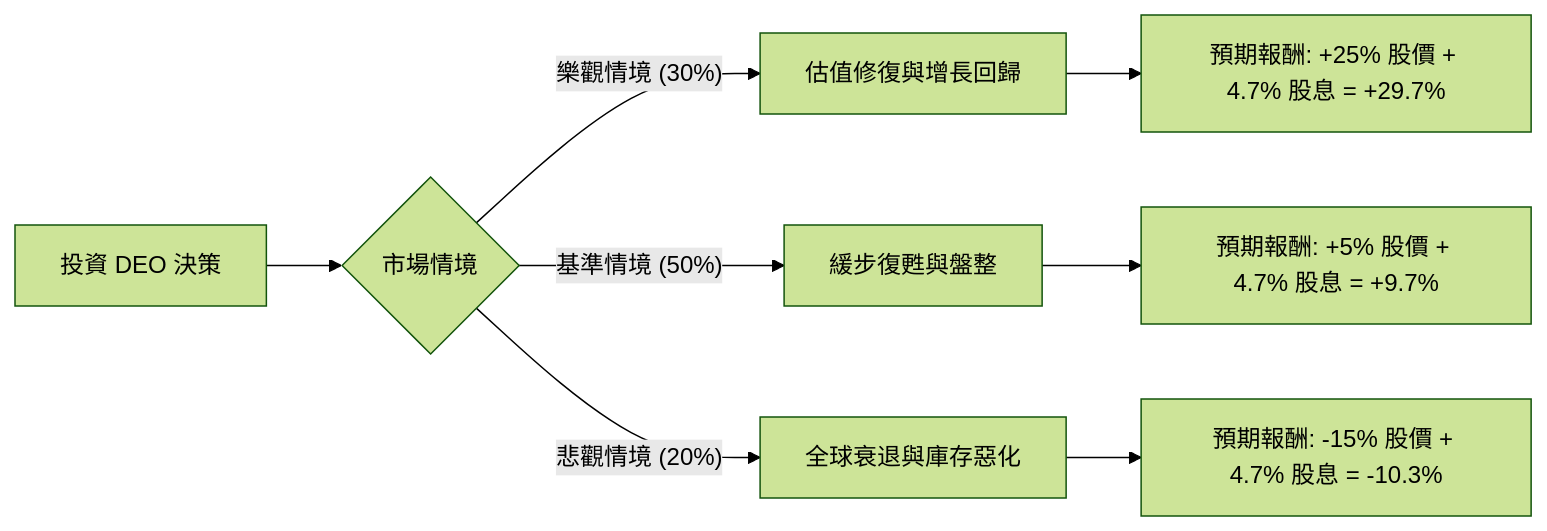
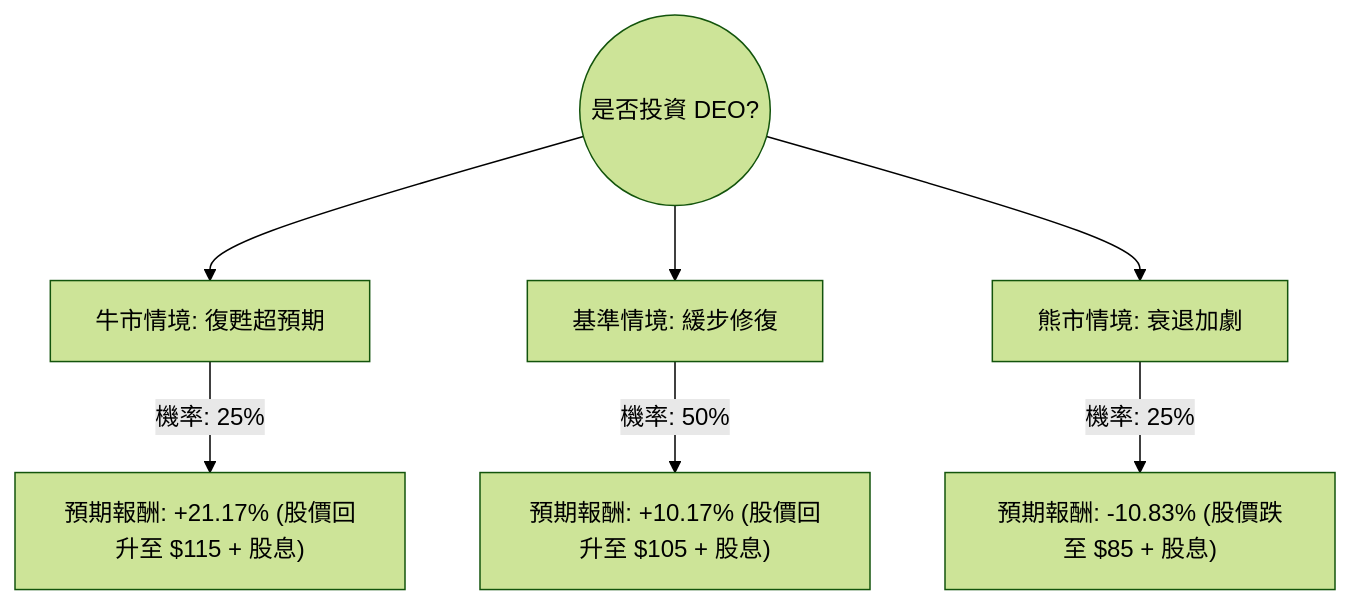
The diagram in plugin-react/ai-analysis/ev-analysis/DEO.md (zmcx16/zmcx16.github.io), drawn with Mermaid (forest theme) before and after one commit. The commit also changed other lines of this file and 79 other files, not shown here.

````diff
--- a/plugin-react/ai-analysis/ev-analysis/DEO.md
+++ b/plugin-react/ai-analysis/ev-analysis/DEO.md
@@ -27,13 +26,10 @@
 ```mermaid
-graph LR
-    A[投資 DEO 決策] --> B{市場情境}
-    
-    B -- 樂觀情境 (30%) --> C[估值修復與增長回歸]
-    C --> C1[預期報酬: +25% 股價 + 4.7% 股息 = +29.7%]
-    
-    B -- 基準情境 (50%) --> D[緩步復甦與盤整]
-    D --> D1[預期報酬: +5% 股價 + 4.7% 股息 = +9.7%]
-    
-    B -- 悲觀情境 (20%) --> E[全球衰退與庫存惡化]
-    E --> E1[預期報酬: -15% 股價 + 4.7% 股息 = -10.3%]
+graph TD
+    Start((是否投資 DEO?)) --> Bull[牛市情境: 復甦超預期]
+    Start --> Base[基準情境: 緩步修復]
+    Start --> Bear[熊市情境: 衰退加劇]
+
+    Bull -- "機率: 25%" --> BullResult["預期報酬: +21.17% (股價回升至 $115 + 股息)"]
+    Base -- "機率: 50%" --> BaseResult["預期報酬: +10.17% (股價回升至 $105 + 股息)"]
+    Bear -- "機率: 25%" --> BearResult["預期報酬: -10.83% (股價跌至 $85 + 股息)"]
 ```
````
